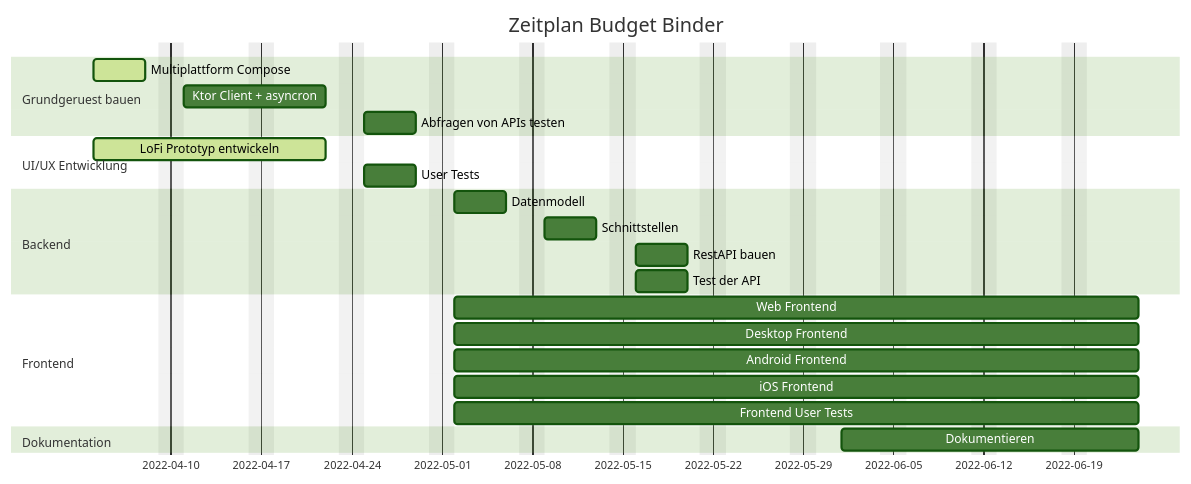
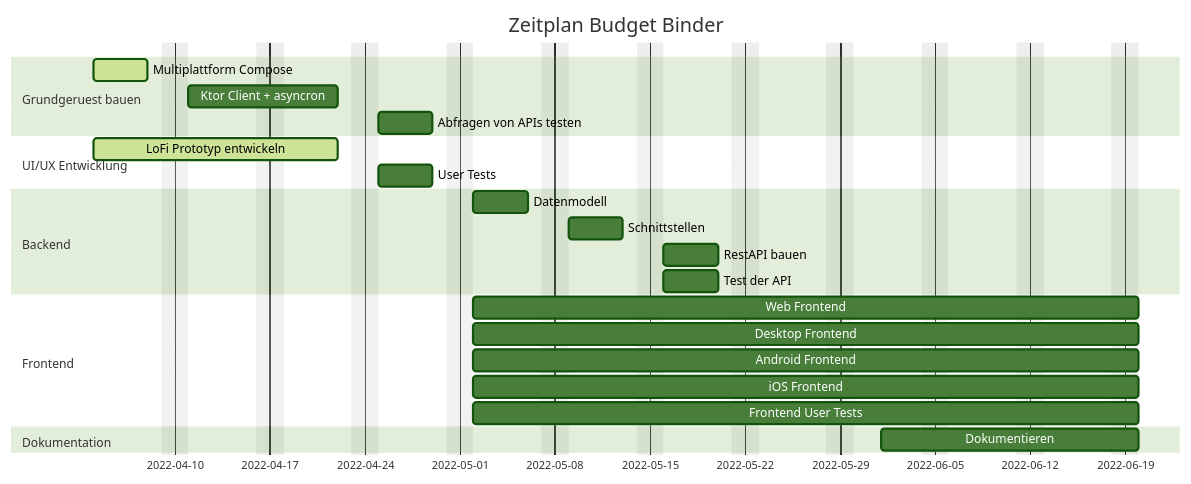
The diagram in docs/Zeitplan.md (choffmann/budget-binder), drawn with Mermaid (forest theme) before and after one commit. The commit also changed other lines of this file, not shown here.

Commit message:
Add Deadline

````diff
--- a/docs/Zeitplan.md
+++ b/docs/Zeitplan.md
@@ -3,27 +3,27 @@
 ```mermaid
 gantt
     title Zeitplan Budget Binder
     dateFormat  YYYY-MM-DD
     excludes    weekends
 
     section Grundgeruest bauen
         Multiplattform Compose                      :active, 2022-04-04, 2022-04-08
         Ktor Client + asyncron                      :2022-04-11, 2022-04-22
         Abfragen von APIs testen                    :2022-04-25, 2022-04-29
     section UI/UX Entwicklung
         LoFi Prototyp entwickeln                    :active, 2022-04-04, 2022-04-22
         User Tests                                  :2022-04-25, 2022-04-29
     section Backend
         Datenmodell                                 :2022-05-02, 2022-05-06
         Schnittstellen                              :2022-05-09, 2022-05-13
         RestAPI bauen                               :2022-05-16, 2022-05-20
         Test der API                                :2022-05-16, 2022-05-20
     section Frontend
-        Web Frontend                                :2022-05-02, 2022-06-24
-        Desktop Frontend                            :2022-05-02, 2022-06-24
-        Android Frontend                            :2022-05-02, 2022-06-24
-        iOS Frontend                                :2022-05-02, 2022-06-24
-        Frontend User Tests                         :2022-05-02, 2022-06-24
+        Web Frontend                                :2022-05-02, 2022-06-20
+        Desktop Frontend                            :2022-05-02, 2022-06-20
+        Android Frontend                            :2022-05-02, 2022-06-20
+        iOS Frontend                                :2022-05-02, 2022-06-20
+        Frontend User Tests                         :2022-05-02, 2022-06-20
     section Dokumentation
-        Dokumentieren                               :2022-06-01, 2022-06-24
+        Dokumentieren                               :2022-06-01, 2022-06-20
 ```
````
